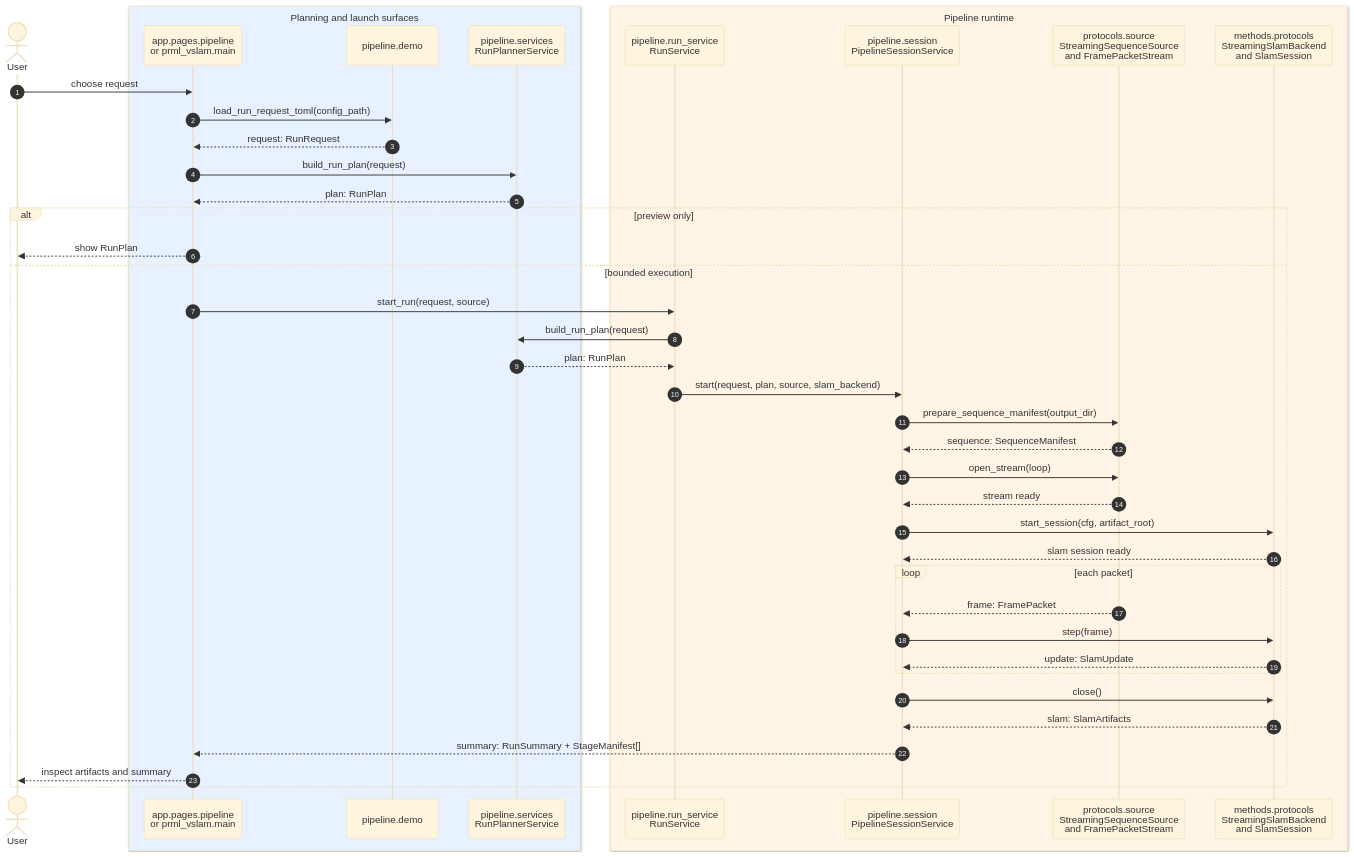
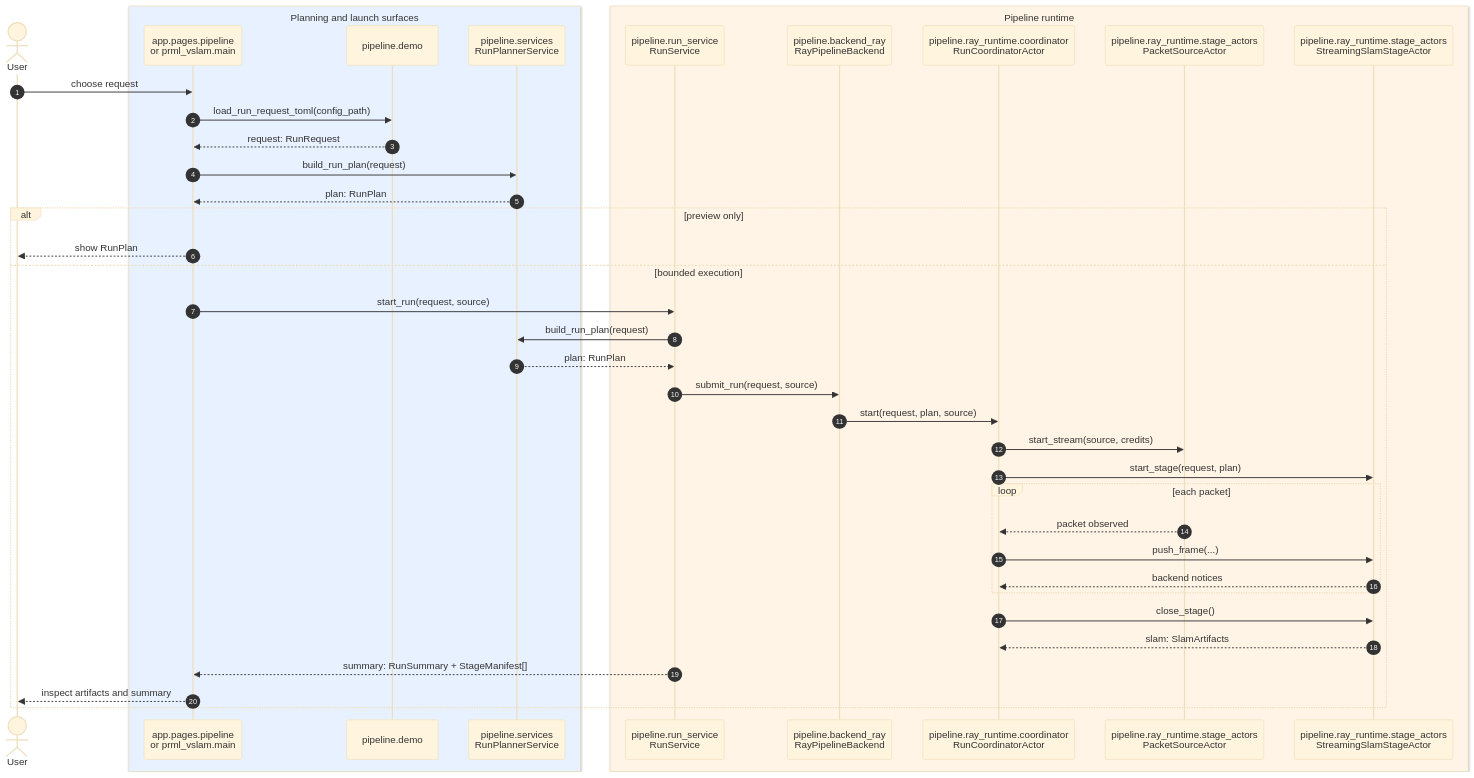
The diagram in docs/figures/mermaid/mermaid_pipeline_request_sequence.mmd (JanDuchscherer104/prml-vslam), drawn with Mermaid before and after one commit. The commit also changed 101 other files, not shown here.

```diff
--- a/docs/figures/mermaid/mermaid_pipeline_request_sequence.mmd
+++ b/docs/figures/mermaid/mermaid_pipeline_request_sequence.mmd
@@ -1,57 +1,55 @@
 %%{init: {
   "theme": "base",
   "themeVariables": {
     "fontSize": "28px",
     "actorFontSize": "28px",
     "messageFontSize": "24px",
     "noteFontSize": "22px",
     "sequenceNumberFontSize": "22px"
   }
 }}%%
 sequenceDiagram
     autonumber
 
     actor User as User
 
     box rgb(232, 241, 255) Planning and launch surfaces
         participant Surface as app.pages.pipeline<br/>or prml_vslam.main
         participant Demo as pipeline.demo
         participant Planner as pipeline.services<br/>RunPlannerService
     end
 
     box rgb(255, 244, 229) Pipeline runtime
         participant Runtime as pipeline.run_service<br/>RunService
-        participant Session as pipeline.session<br/>PipelineSessionService
-        participant Source as protocols.source<br/>StreamingSequenceSource<br/>and FramePacketStream
-        participant Slam as methods.protocols<br/>StreamingSlamBackend<br/>and SlamSession
+        participant Backend as pipeline.backend_ray<br/>RayPipelineBackend
+        participant Coord as pipeline.ray_runtime.coordinator<br/>RunCoordinatorActor
+        participant Source as pipeline.ray_runtime.stage_actors<br/>PacketSourceActor
+        participant Slam as pipeline.ray_runtime.stage_actors<br/>StreamingSlamStageActor
     end
 
     User->>Surface: choose request
     Surface->>Demo: load_run_request_toml(config_path)
     Demo-->>Surface: request: RunRequest
     Surface->>Planner: build_run_plan(request)
     Planner-->>Surface: plan: RunPlan
 
     alt preview only
         Surface-->>User: show RunPlan
     else bounded execution
         Surface->>Runtime: start_run(request, source)
         Runtime->>Planner: build_run_plan(request)
         Planner-->>Runtime: plan: RunPlan
-        Runtime->>Session: start(request, plan, source, slam_backend)
-        Session->>Source: prepare_sequence_manifest(output_dir)
-        Source-->>Session: sequence: SequenceManifest
-        Session->>Source: open_stream(loop)
-        Source-->>Session: stream ready
-        Session->>Slam: start_session(cfg, artifact_root)
-        Slam-->>Session: slam session ready
+        Runtime->>Backend: submit_run(request, source)
+        Backend->>Coord: start(request, plan, source)
+        Coord->>Source: start_stream(source, credits)
+        Coord->>Slam: start_stage(request, plan)
         loop each packet
-            Source-->>Session: frame: FramePacket
-            Session->>Slam: step(frame)
-            Slam-->>Session: update: SlamUpdate
+            Source-->>Coord: packet observed
+            Coord->>Slam: push_frame(...)
+            Slam-->>Coord: backend notices
         end
-        Session->>Slam: close()
-        Slam-->>Session: slam: SlamArtifacts
-        Session-->>Surface: summary: RunSummary + StageManifest[]
+        Coord->>Slam: close_stage()
+        Slam-->>Coord: slam: SlamArtifacts
+        Runtime-->>Surface: summary: RunSummary + StageManifest[]
         Surface-->>User: inspect artifacts and summary
     end
```
